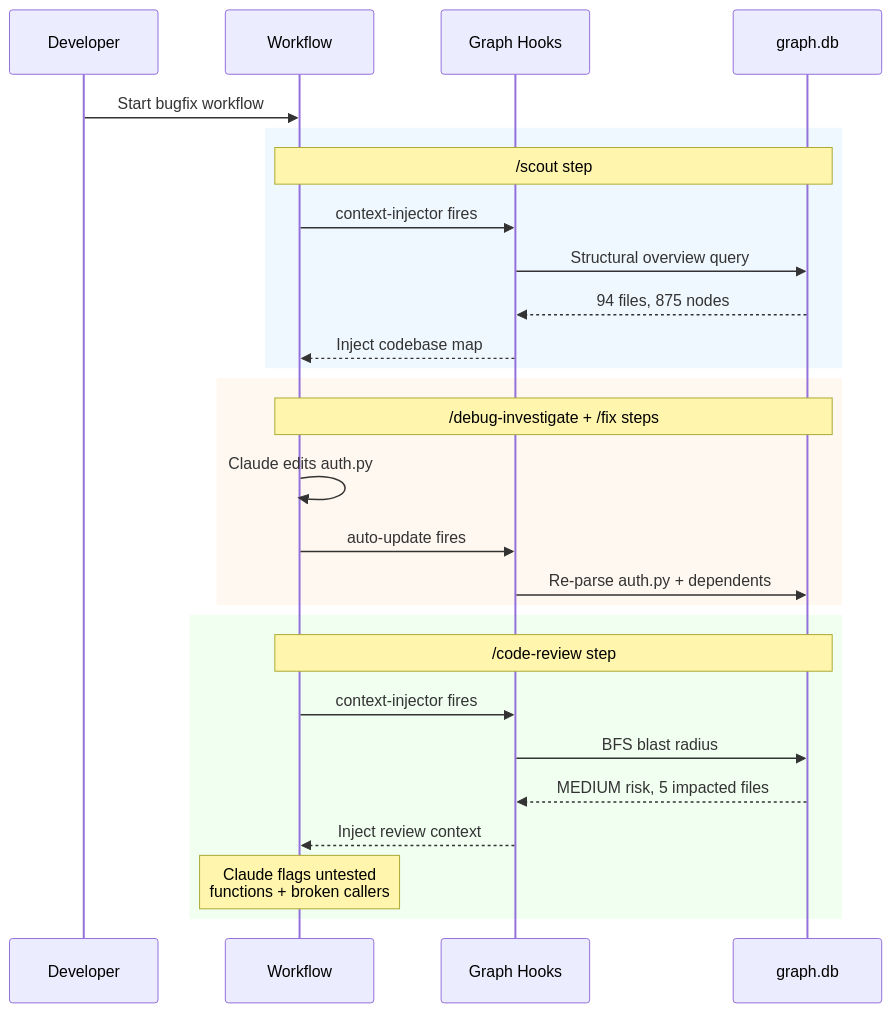
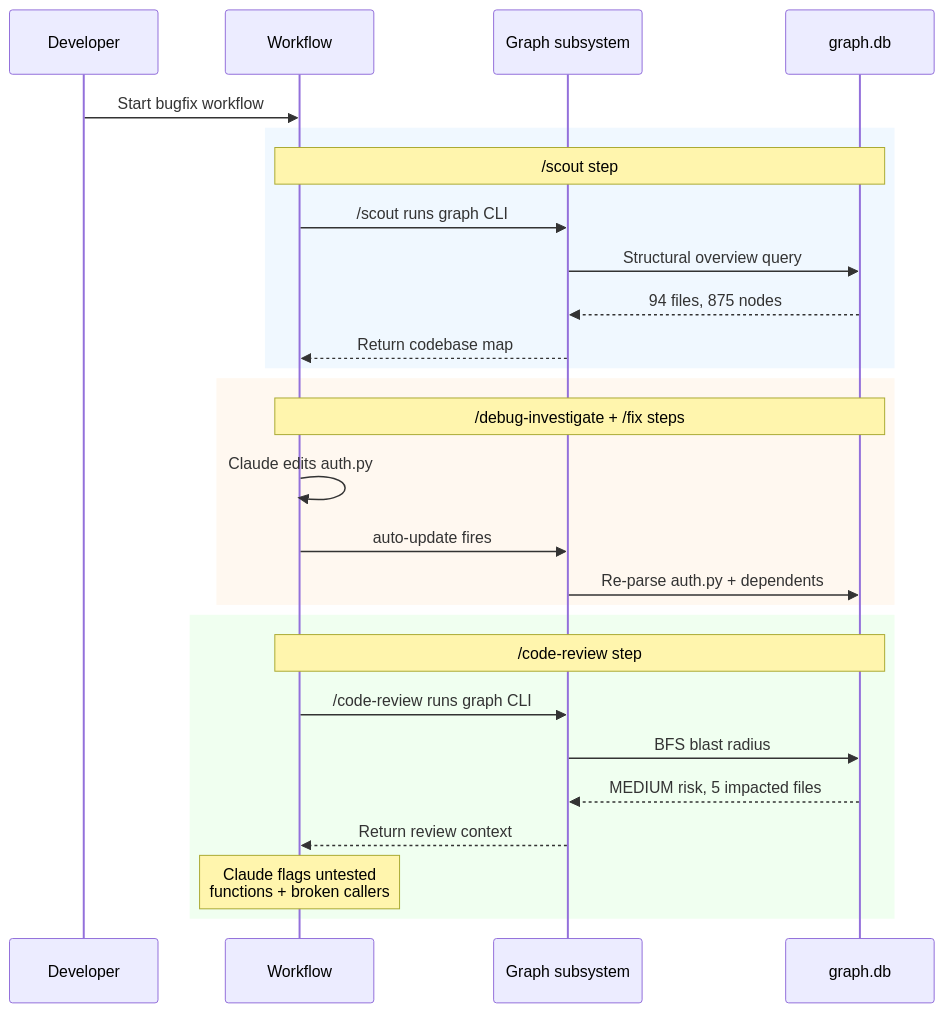
Before and after one commit to duc01226/easy-claude: diagram 18 of 20 in .claude/docs/claude-ai-agent-framework-guide.md, drawn with Mermaid. The commit also changed other lines of this file and 117 other files, not shown here.

````diff
--- a/.claude/docs/claude-ai-agent-framework-guide.md
+++ b/.claude/docs/claude-ai-agent-framework-guide.md
@@ -2942,33 +2942,33 @@
 ```mermaid
 sequenceDiagram
     participant Dev as Developer
     participant WF as Workflow
-    participant GH as Graph Hooks
+    participant GH as Graph subsystem
     participant DB as graph.db
 
     Dev->>WF: Start bugfix workflow
 
     rect rgb(240, 248, 255)
         Note over WF,DB: /scout step
-        WF->>GH: context-injector fires
+        WF->>GH: /scout runs graph CLI
         GH->>DB: Structural overview query
         DB-->>GH: 94 files, 875 nodes
-        GH-->>WF: Inject codebase map
+        GH-->>WF: Return codebase map
     end
 
     rect rgb(255, 248, 240)
         Note over WF,DB: /debug-investigate + /fix steps
         WF->>WF: Claude edits auth.py
         WF->>GH: auto-update fires
         GH->>DB: Re-parse auth.py + dependents
     end
 
     rect rgb(240, 255, 240)
         Note over WF,DB: /code-review step
-        WF->>GH: context-injector fires
+        WF->>GH: /code-review runs graph CLI
         GH->>DB: BFS blast radius
         DB-->>GH: MEDIUM risk, 5 impacted files
-        GH-->>WF: Inject review context
+        GH-->>WF: Return review context
         Note over WF: Claude flags untested<br/>functions + broken callers
     end
 ```
````
